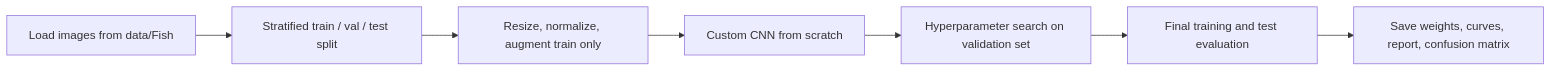
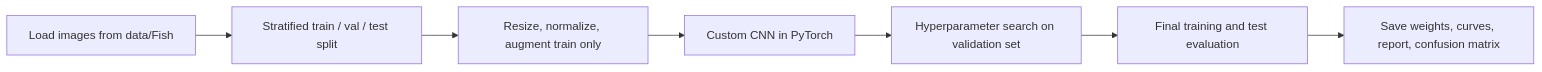
The diagram in README.md (CGriffin81/CalebGriffin-CS898BA-Project1), drawn with Mermaid before and after one commit. The commit also changed other lines of this file and 2 other files, not shown here.

Commit message:
First draft of agent completion. Agent wrote CNN using NumPy, rather than PyTorch to avoid adding dependencies. Issuing it a rewrite.

````diff
--- a/README.md
+++ b/README.md
@@ -20,9 +20,9 @@
 ```mermaid
 flowchart LR
 	A[Load images from data/Fish] --> B[Stratified train / val / test split]
 	B --> C[Resize, normalize, augment train only]
-	C --> D[Custom CNN from scratch]
+	C --> D[Custom CNN in PyTorch]
 	D --> E[Hyperparameter search on validation set]
 	E --> F[Final training and test evaluation]
 	F --> G[Save weights, curves, report, confusion matrix]
 ```
````
